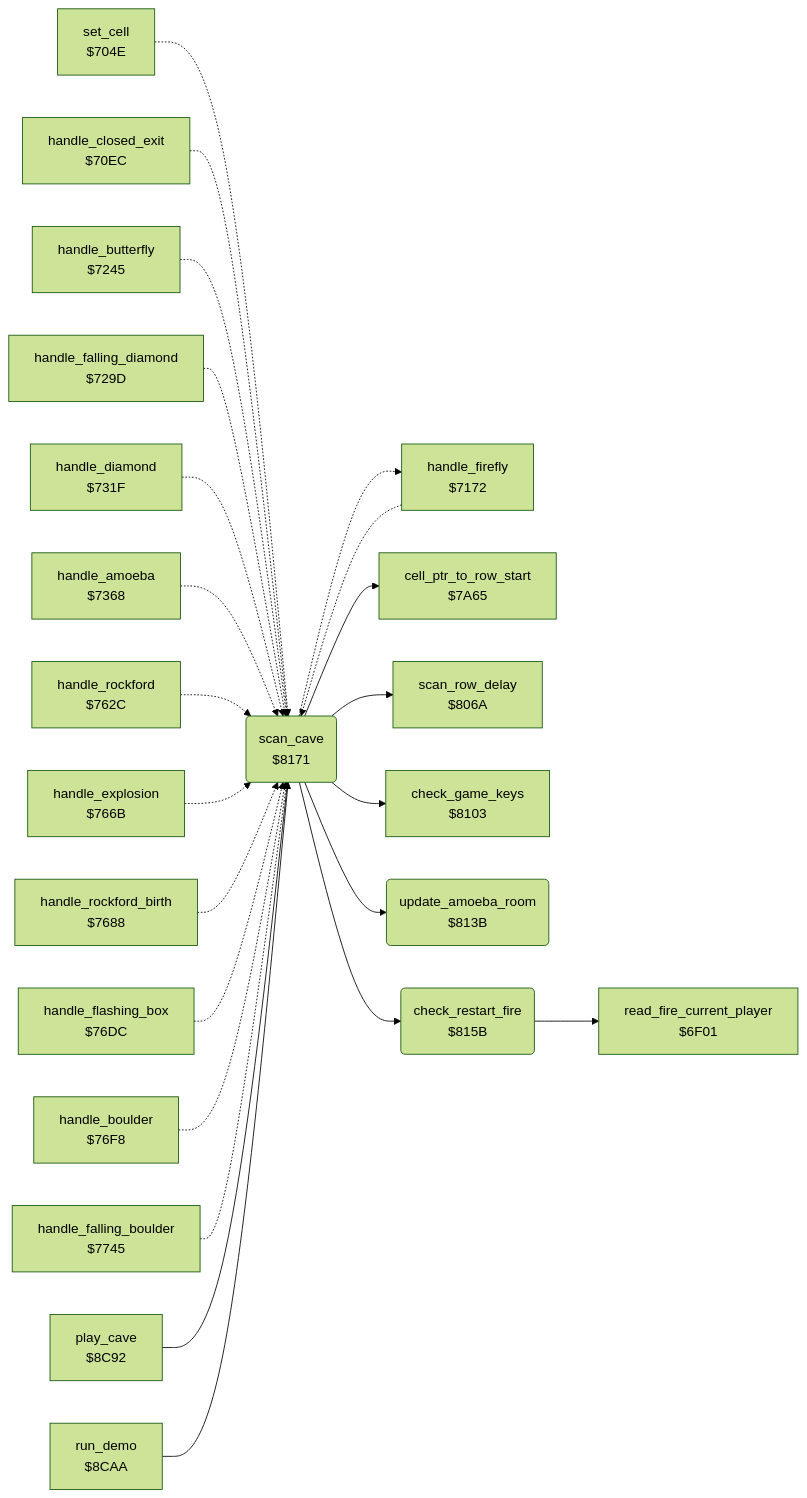
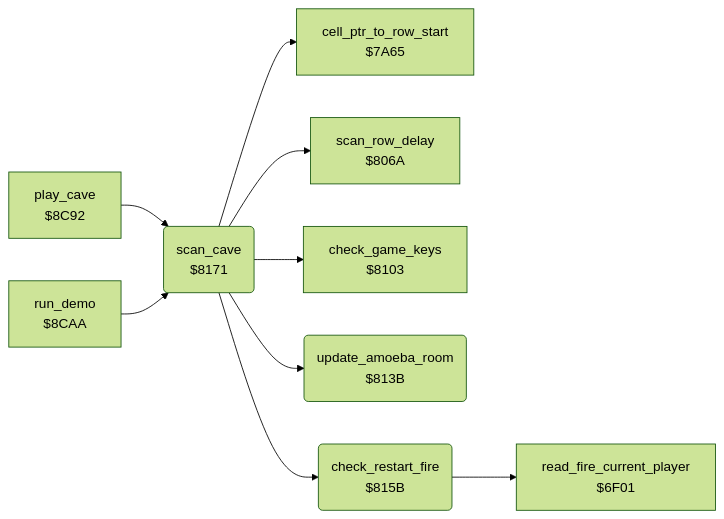
One commit to henols/c64_games changed the diagram in boulder_dash/v2/docs/reference/modules/engine/cave_scan.md. Above: the diagram before and after it, drawn with Mermaid (forest theme). The commit also changed other lines of this file and 1100 other files, not shown here.

````diff
--- a/boulder_dash/v2/docs/reference/modules/engine/cave_scan.md
+++ b/boulder_dash/v2/docs/reference/modules/engine/cave_scan.md
@@ -10,47 +19,20 @@
 ```mermaid
 flowchart LR
   n6f01["read_fire_current_player<br/>$6F01"]
-  n704e["set_cell<br/>$704E"]
-  n70ec["handle_closed_exit<br/>$70EC"]
-  n7172["handle_firefly<br/>$7172"]
-  n7245["handle_butterfly<br/>$7245"]
-  n729d["handle_falling_diamond<br/>$729D"]
-  n731f["handle_diamond<br/>$731F"]
-  n7368["handle_amoeba<br/>$7368"]
-  n762c["handle_rockford<br/>$762C"]
-  n766b["handle_explosion<br/>$766B"]
-  n7688["handle_rockford_birth<br/>$7688"]
-  n76dc["handle_flashing_box<br/>$76DC"]
-  n76f8["handle_boulder<br/>$76F8"]
-  n7745["handle_falling_boulder<br/>$7745"]
   n7a65["cell_ptr_to_row_start<br/>$7A65"]
   n806a["scan_row_delay<br/>$806A"]
   n8103["check_game_keys<br/>$8103"]
   n813b("update_amoeba_room<br/>$813B")
   n815b("check_restart_fire<br/>$815B")
   n8171("scan_cave<br/>$8171")
   n8c92["play_cave<br/>$8C92"]
   n8caa["run_demo<br/>$8CAA"]
-  n704e -.-> n8171
-  n70ec -.-> n8171
-  n7172 -.-> n8171
-  n7245 -.-> n8171
-  n729d -.-> n8171
-  n731f -.-> n8171
-  n7368 -.-> n8171
-  n762c -.-> n8171
-  n766b -.-> n8171
-  n7688 -.-> n8171
-  n76dc -.-> n8171
-  n76f8 -.-> n8171
-  n7745 -.-> n8171
   n815b --> n6f01
-  n8171 -.-> n7172
   n8171 --> n7a65
   n8171 --> n806a
   n8171 --> n8103
   n8171 --> n813b
   n8171 --> n815b
   n8c92 --> n8171
   n8caa --> n8171
 ```
````
